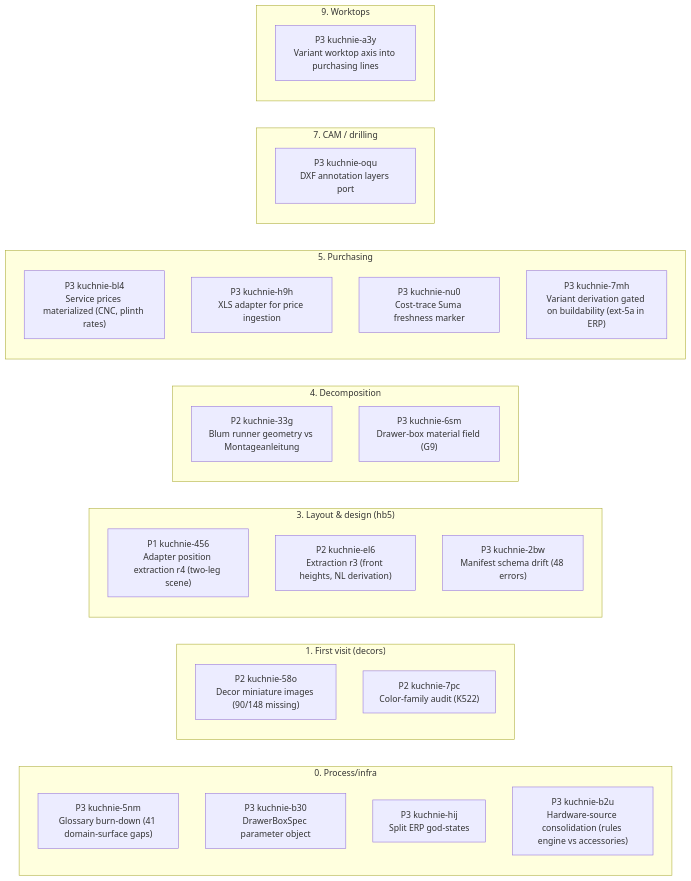
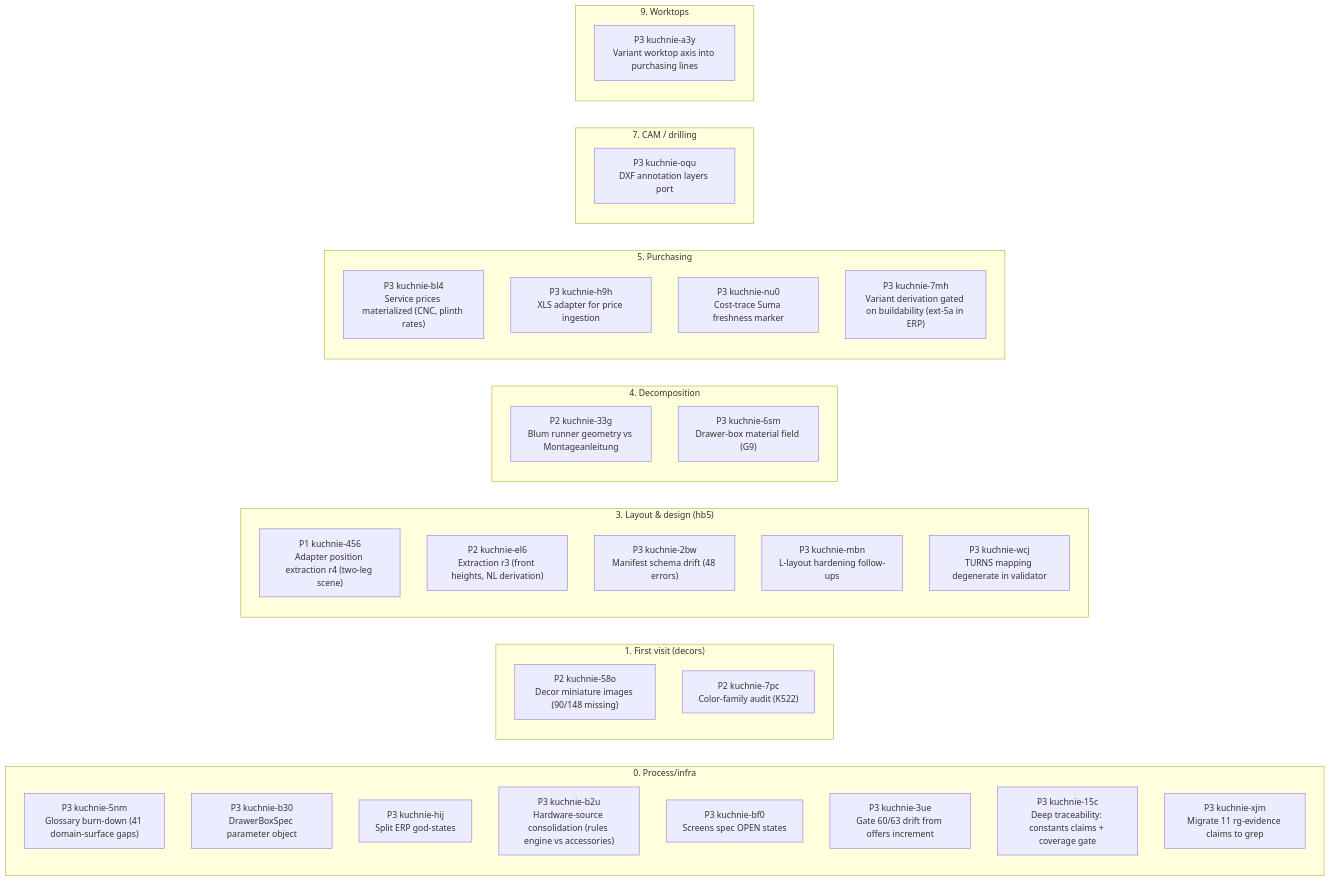
The first of 2 diagrams in STATUS.md (m1981/kuchnie), drawn with Mermaid before and after one commit. The commit also changed other lines of this file and 5 other files, not shown here.

First line of the commit message:
specs+truth: UC-1 threshold-1 markers rolled to tr-e469bec3, ext 3a renegotiated (no extra widening), roadmap-map +8 rows, verdicts, STATUS regen

````diff
--- a/STATUS.md
+++ b/STATUS.md
@@ -131,34 +129,40 @@
 ```mermaid
 flowchart LR
     subgraph s0 ["0. Process/infra"]
         kuchnie_5nm["P3 kuchnie-5nm<br/>Glossary burn-down (41 domain-surface gaps)"]
         kuchnie_b30["P3 kuchnie-b30<br/>DrawerBoxSpec parameter object"]
         kuchnie_hij["P3 kuchnie-hij<br/>Split ERP god-states"]
         kuchnie_b2u["P3 kuchnie-b2u<br/>Hardware-source consolidation (rules engine vs accessories)"]
+        kuchnie_bf0["P3 kuchnie-bf0<br/>Screens spec OPEN states"]
+        kuchnie_3ue["P3 kuchnie-3ue<br/>Gate 60/63 drift from offers increment"]
+        kuchnie_15c["P3 kuchnie-15c<br/>Deep traceability: constants claims + coverage gate"]
+        kuchnie_xjm["P3 kuchnie-xjm<br/>Migrate 11 rg-evidence claims to grep"]
     end
     subgraph s1 ["1. First visit (decors)"]
         kuchnie_58o["P2 kuchnie-58o<br/>Decor miniature images (90/148 missing)"]
         kuchnie_7pc["P2 kuchnie-7pc<br/>Color-family audit (K522)"]
     end
     subgraph s3 ["3. Layout & design (hb5)"]
         kuchnie_456["P1 kuchnie-456<br/>Adapter position extraction r4 (two-leg scene)"]
         kuchnie_el6["P2 kuchnie-el6<br/>Extraction r3 (front heights, NL derivation)"]
         kuchnie_2bw["P3 kuchnie-2bw<br/>Manifest schema drift (48 errors)"]
+        kuchnie_mbn["P3 kuchnie-mbn<br/>L-layout hardening follow-ups"]
+        kuchnie_wcj["P3 kuchnie-wcj<br/>TURNS mapping degenerate in validator"]
     end
     subgraph s4 ["4. Decomposition"]
         kuchnie_33g["P2 kuchnie-33g<br/>Blum runner geometry vs Montageanleitung"]
         kuchnie_6sm["P3 kuchnie-6sm<br/>Drawer-box material field (G9)"]
     end
     subgraph s5 ["5. Purchasing"]
         kuchnie_bl4["P3 kuchnie-bl4<br/>Service prices materialized (CNC, plinth rates)"]
         kuchnie_h9h["P3 kuchnie-h9h<br/>XLS adapter for price ingestion"]
         kuchnie_nu0["P3 kuchnie-nu0<br/>Cost-trace Suma freshness marker"]
         kuchnie_7mh["P3 kuchnie-7mh<br/>Variant derivation gated on buildability (ext-5a in ERP)"]
     end
     subgraph s7 ["7. CAM / drilling"]
         kuchnie_oqu["P3 kuchnie-oqu<br/>DXF annotation layers port"]
     end
     subgraph s9 ["9. Worktops"]
         kuchnie_a3y["P3 kuchnie-a3y<br/>Variant worktop axis into purchasing lines"]
     end
 ```
````
